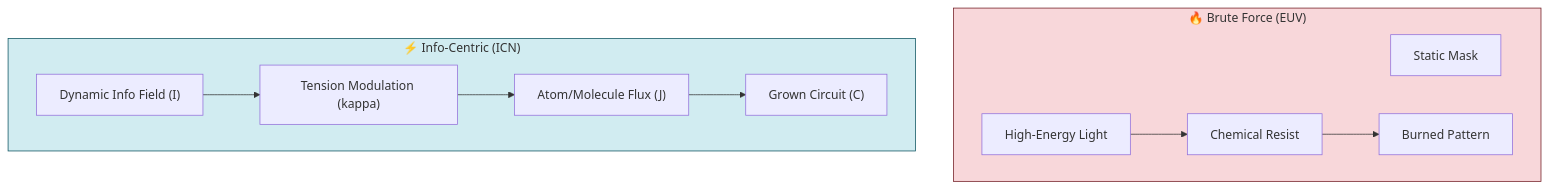
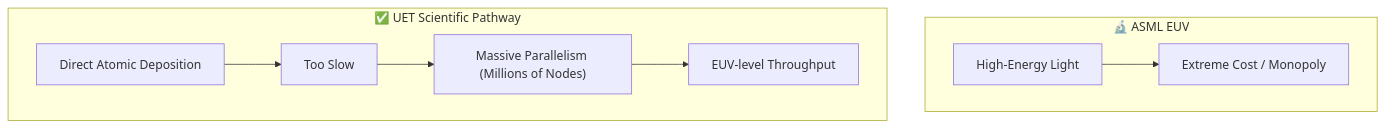
Before and after one commit to ellipszist/unityequilibriumtheory: the diagram in docs/topics/0.34_Information_Centric_Nanofabrication/README.md, drawn with Mermaid. The commit also changed other lines of this file and 2166 other files, not shown here.

````diff
--- a/docs/topics/0.34_Information_Centric_Nanofabrication/README.md
+++ b/docs/topics/0.34_Information_Centric_Nanofabrication/README.md
@@ -58,25 +17,11 @@
 ```mermaid
-graph TD
-    subgraph ASML["🔥 Brute Force (EUV)"]
-        Mask["Static Mask"]
-        Light["High-Energy Light"]
-        Resist["Chemical Resist"]
-        Outcome1["Burned Pattern"]
+graph TB
+    subgraph Standard["🔬 ASML EUV"]
+        EUV["High-Energy Light"] --> Expensive["Extreme Cost / Monopoly"]
     end
-    
-    subgraph UET["⚡ Info-Centric (ICN)"]
-        Field["Dynamic Info Field (I)"]
-        Precursor["Atom/Molecule Flux (J)"]
-        Metric["Tension Modulation (kappa)"]
-        Outcome2["Grown Circuit (C)"]
+    subgraph UET["✅ UET Scientific Pathway"]
+        Direct["Direct Atomic Deposition"] --> Slow["Too Slow"]
+        Slow --> Parallel["Massive Parallelism (Millions of Nodes)"]
+        Parallel --> Compete["EUV-level Throughput"]
     end
-    
-    Light --> Resist
-    Resist --> Outcome1
-    Field --> Metric
-    Metric --> Precursor
-    Precursor --> Outcome2
-    
-    style ASML fill:#f8d7da,stroke:#721c24
-    style UET fill:#d1ecf1,stroke:#0c5460
 ```
````
